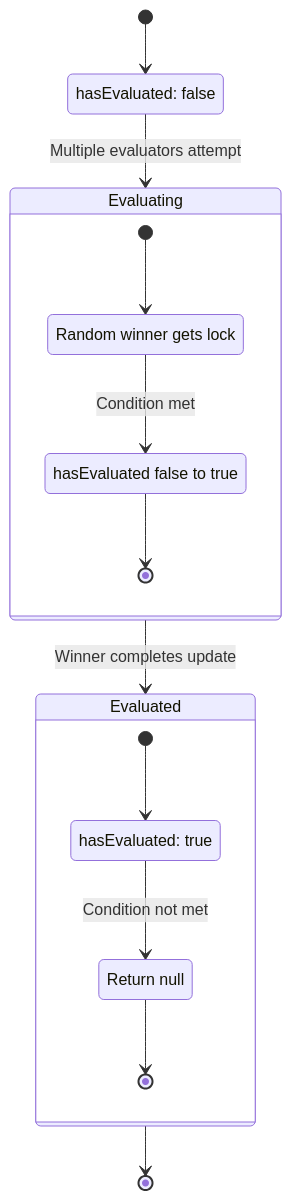
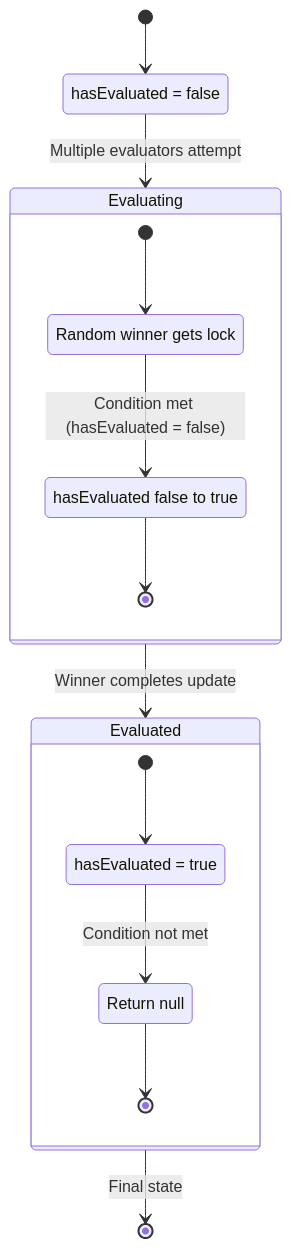
The fourth of 7 diagrams in Concurrent-Evaluation-Handling-Analysis.md (nikeshgamal24/College-Project-Management-System), drawn with Mermaid before and after one commit.

Commit message:
concurrent-evaluation-submission markdown file issue handle

````diff
--- a/Concurrent-Evaluation-Handling-Analysis.md
+++ b/Concurrent-Evaluation-Handling-Analysis.md
@@ -239,27 +239,27 @@
 ```mermaid
 stateDiagram-v2
     [*] --> NotEvaluated
-    NotEvaluated : hasEvaluated: false
+    NotEvaluated: hasEvaluated = false
     
-    NotEvaluated --> Evaluating : Multiple evaluators attempt
+    NotEvaluated --> Evaluating: Multiple evaluators attempt
     
     state Evaluating {
         [*] --> FirstToLock
-        FirstToLock : Random winner gets lock
-        FirstToLock --> UpdateState : Condition met
-        UpdateState : hasEvaluated false to true
+        FirstToLock: Random winner gets lock
+        FirstToLock --> UpdateState: Condition met (hasEvaluated = false)
+        UpdateState: hasEvaluated false to true
         UpdateState --> [*]
     }
     
-    Evaluating --> Evaluated : Winner completes update
+    Evaluating --> Evaluated: Winner completes update
     
     state Evaluated {
         [*] --> SubsequentAttempts
-        SubsequentAttempts : hasEvaluated: true
-        SubsequentAttempts --> Rejected : Condition not met
-        Rejected : Return null
+        SubsequentAttempts: hasEvaluated = true
+        SubsequentAttempts --> Rejected: Condition not met
+        Rejected: Return null
         Rejected --> [*]
     }
     
-    Evaluated --> [*]
+    Evaluated --> [*]: Final state
 ```
````
